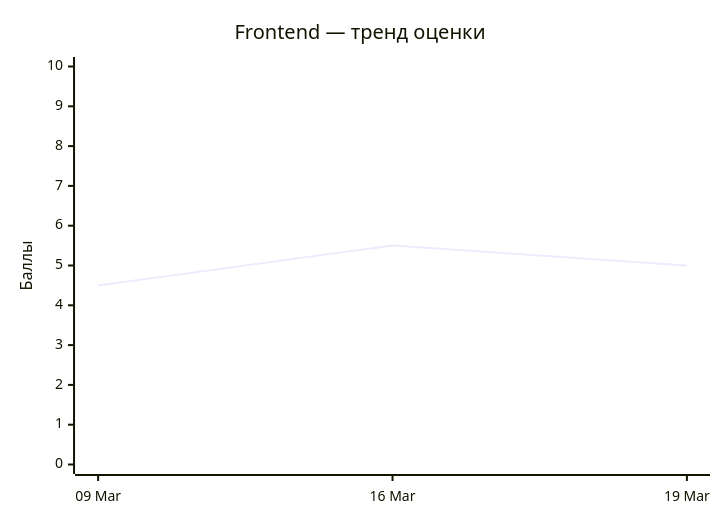
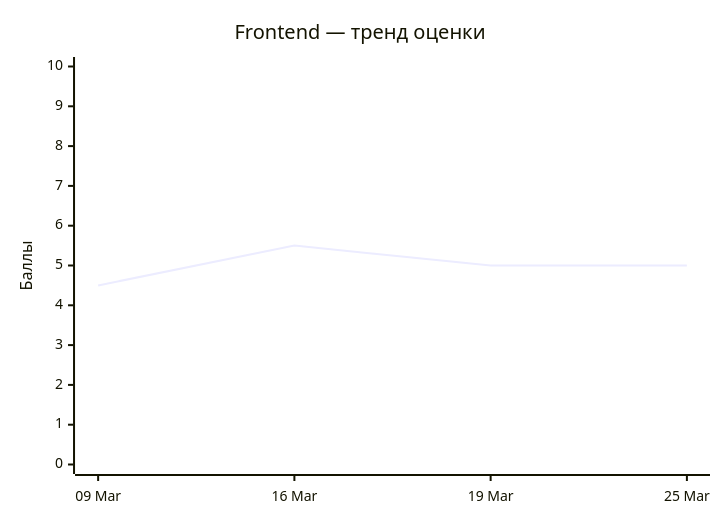
One commit to ngKittyDebug/RS-Tandem-ngKittyDebug changed the first of 4 diagrams in CodeQualityStatus/status.md. Above: the diagram before and after it, drawn with Mermaid. The commit also changed other lines of this file and 2 other files, not shown here.

````diff
--- a/CodeQualityStatus/status.md
+++ b/CodeQualityStatus/status.md
@@ -104,7 +106,7 @@
 ```mermaid
 xychart-beta
     title "Frontend — тренд оценки"
-    x-axis ["09 Mar", "16 Mar", "19 Mar"]
+    x-axis ["09 Mar", "16 Mar", "19 Mar", "25 Mar"]
     y-axis "Баллы" 0 --> 10
-    line [4.5, 5.5, 5.0]
+    line [4.5, 5.5, 5.0, 5.0]
 ```
````
